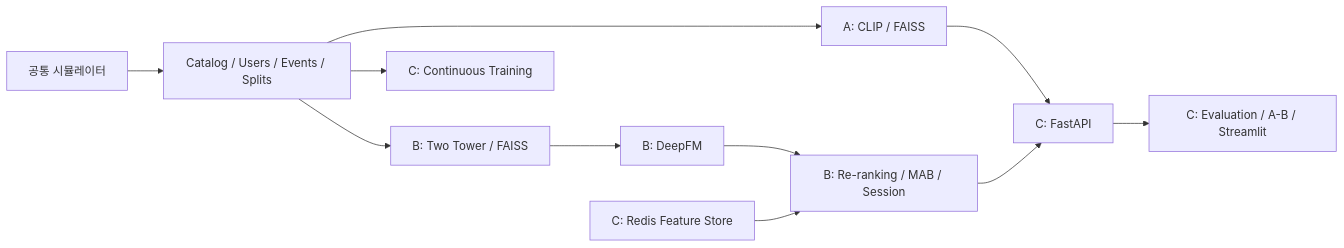
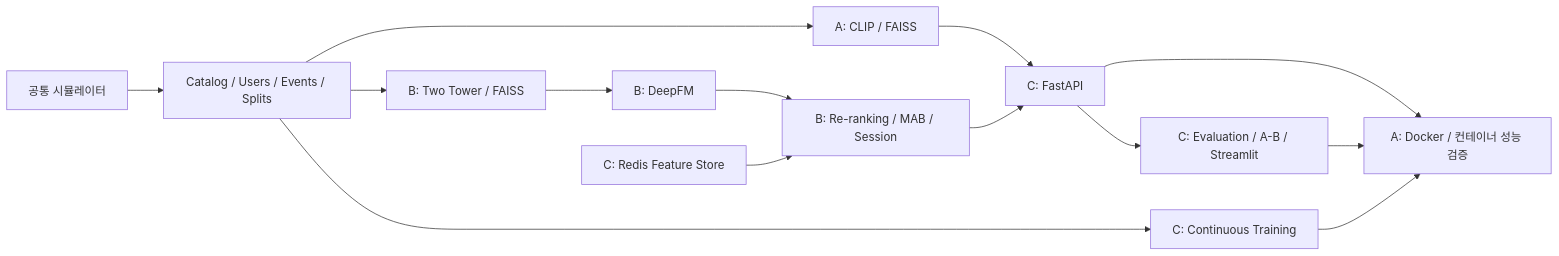
The diagram in README.md (k-pang-2026/mm-recsys), drawn with Mermaid before and after one commit. The commit also changed other lines of this file and 18 other files, not shown here.

````diff
--- a/README.md
+++ b/README.md
@@ -22,13 +26,16 @@
 ```mermaid
 flowchart LR
   Simulator[공통 시뮬레이터] --> Dataset[Catalog / Users / Events / Splits]
   Dataset --> Search[A: CLIP / FAISS]
   Dataset --> Candidate[B: Two Tower / FAISS]
   Candidate --> Ranking[B: DeepFM]
   Ranking --> Rerank[B: Re-ranking / MAB / Session]
   Store[C: Redis Feature Store] --> Rerank
   Search --> API[C: FastAPI]
   Rerank --> API
   API --> Dashboard[C: Evaluation / A-B / Streamlit]
   Dataset --> CT[C: Continuous Training]
+  API --> Docker[A: Docker / 컨테이너 성능 검증]
+  Dashboard --> Docker
+  CT --> Docker
 ```
````
